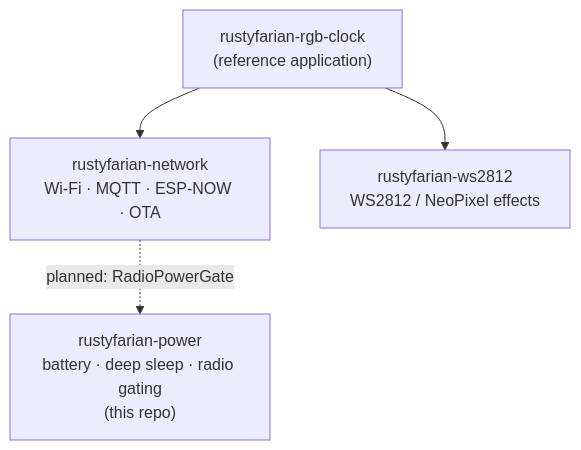
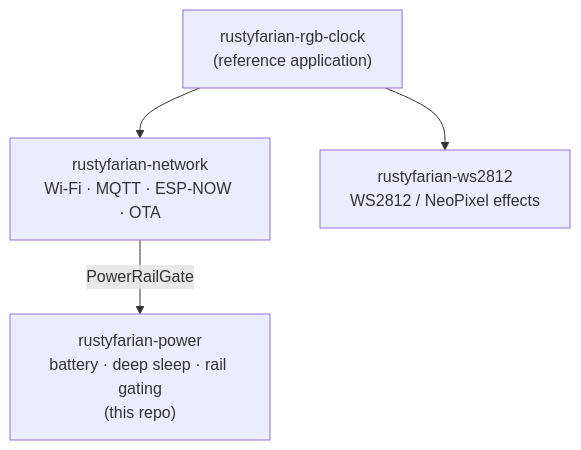
Before and after one commit to datenkollektiv/rustyfarian-power: the diagram in README.md, drawn with Mermaid. The commit also changed other lines of this file and 16 other files, not shown here.

First line of the commit message:
Add PowerRailGate with a GatedSleep coordinator

````diff
--- a/README.md
+++ b/README.md
@@ -25,10 +25,10 @@
 ```mermaid
 graph TD
     app["rustyfarian-rgb-clock<br/>(reference application)"]
     net["rustyfarian-network<br/>Wi-Fi · MQTT · ESP-NOW · OTA"]
     leds["rustyfarian-ws2812<br/>WS2812 / NeoPixel effects"]
-    pwr["rustyfarian-power<br/>battery · deep sleep · radio gating<br/>(this repo)"]
+    pwr["rustyfarian-power<br/>battery · deep sleep · rail gating<br/>(this repo)"]
     app --> net
     app --> leds
-    net -.->|"planned: RadioPowerGate"| pwr
+    net -->|"PowerRailGate"| pwr
 ```
````
